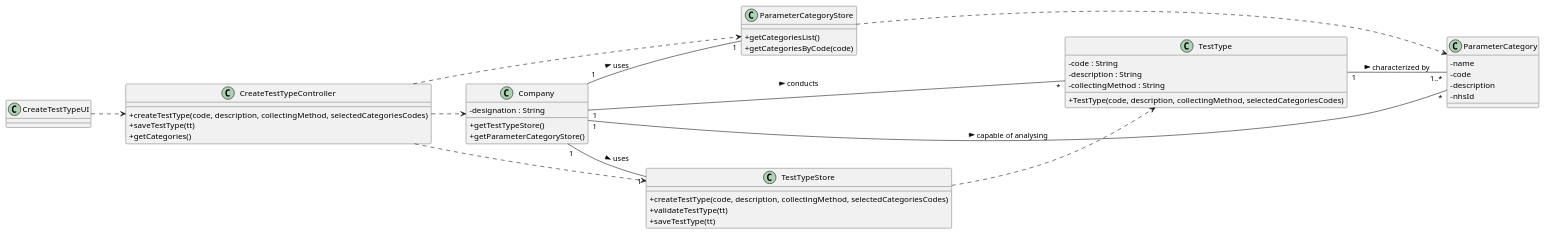
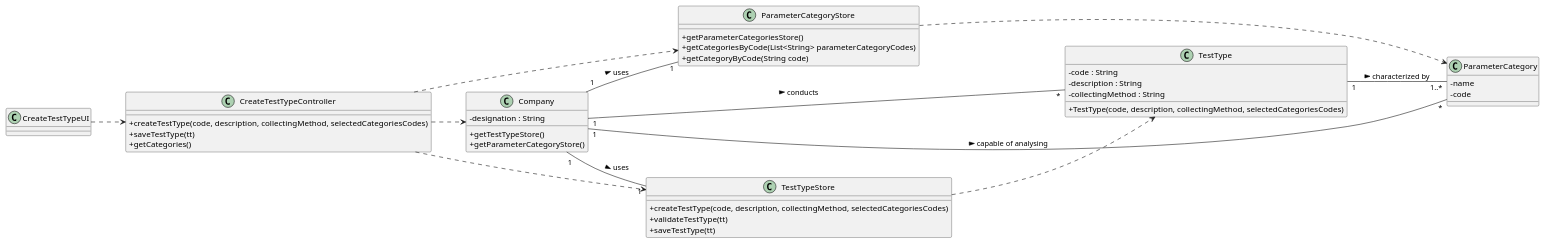
The diagram in docs/SprintB/US_9/US9_CD.puml (ana-albergaria/LAPR2-ISEP), drawn with PlantUML before and after one commit. The commit also changed 13 other files, not shown here.

```diff
--- a/docs/SprintB/US_9/US9_CD.puml
+++ b/docs/SprintB/US_9/US9_CD.puml
@@ -1,61 +1,60 @@
 @startuml
 skinparam classAttributeIconSize 0
 left to right direction
 class CreateTestTypeUI{
 }
 
 class CreateTestTypeController{
 +createTestType(code, description, collectingMethod, selectedCategoriesCodes)
 +saveTestType(tt)
 +getCategories()
 }
 
 class TestType {
 - code : String
 - description : String
 - collectingMethod : String
 +TestType(code, description, collectingMethod, selectedCategoriesCodes)
 }
 
 class ParameterCategoryStore {
-+getCategoriesList()
-+getCategoriesByCode(code)
++getParameterCategoriesStore()
++getCategoriesByCode(List<String> parameterCategoryCodes)
++getCategoryByCode(String code)
 }
 
 class ParameterCategory{
 - name
 - code
-- description
-- nhsId
 }
 
 class Company {
 -designation : String
 +getTestTypeStore()
 +getParameterCategoryStore()
 }
 
 class TestTypeStore {
 +createTestType(code, description, collectingMethod, selectedCategoriesCodes)
 +validateTestType(tt)
 +saveTestType(tt)
 }
 
 
 CreateTestTypeUI ..> CreateTestTypeController
 CreateTestTypeController ..> Company
 CreateTestTypeController ..> ParameterCategoryStore
 CreateTestTypeController ..> TestTypeStore
 TestTypeStore ..> TestType
 ParameterCategoryStore ..> ParameterCategory
 Company "1" -- "1" ParameterCategoryStore : uses >
 Company "1" -- "1" TestTypeStore : uses >
 TestType "1" -- "1..*" ParameterCategory : characterized by >
 Company "1" -- "*" TestType : conducts >
 Company "1" -- "*" ParameterCategory : capable of analysing >
 
 
 
 
 
 @enduml
```
